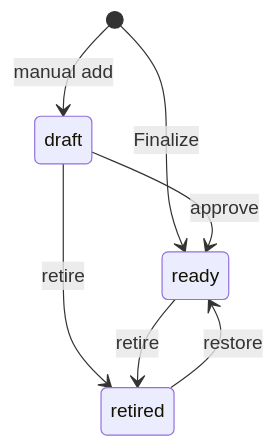
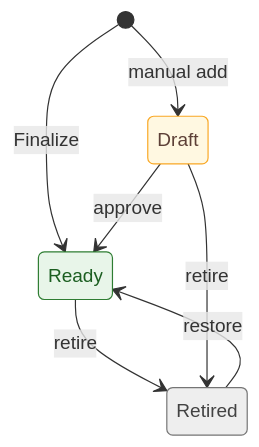
Before and after one commit to ram-020998/project-tracker: the third of 7 diagrams in genesis/architecture/modules/testing.md, drawn with Mermaid. The commit also changed other lines of this file and 24 other files, not shown here.

First line of the commit message:
architecture: rewrite all 86 Mermaid diagrams to one C4 style, each render-checked

````diff
--- a/genesis/architecture/modules/testing.md
+++ b/genesis/architecture/modules/testing.md
@@ -169,9 +192,20 @@
 ```mermaid
 stateDiagram-v2
-    [*] --> draft: manual add
-    [*] --> ready: Finalize
-    draft --> ready: approve
-    draft --> retired: retire
-    ready --> retired: retire
-    retired --> ready: restore
+    direction TB
+    state "Draft" as draft
+    state "Ready" as ready
+    state "Retired" as retired
+    [*] --> draft : manual add
+    [*] --> ready : Finalize
+    draft --> ready : approve
+    ready --> retired : retire
+    draft --> retired : retire
+    retired --> ready : restore
+    classDef terminal fill:#e8f5e9,stroke:#2e7d32,color:#1b5e20
+    classDef waiting fill:#fff8e1,stroke:#f9a825,color:#5d4037
+    classDef bad fill:#ffebee,stroke:#c62828,color:#b71c1c
+    class draft waiting
+    class retired gone
+    class ready terminal
+    classDef gone fill:#eeeeee,stroke:#757575,color:#424242
 ```
````
